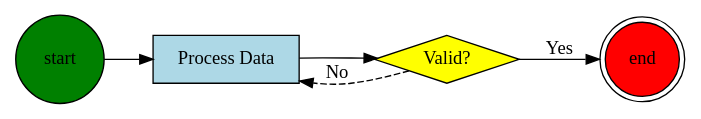
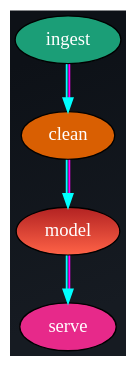
One commit to the-robot-lives/media-tools changed the sixth of 8 diagrams in skill/content-media-engine/references/fim/solution/graphviz.md. Above: the diagram before and after it, drawn with Graphviz. The commit also changed other lines of this file and 482 other files, not shown here.

````diff
--- a/skill/content-media-engine/references/fim/solution/graphviz.md
+++ b/skill/content-media-engine/references/fim/solution/graphviz.md
@@ -20,18 +257,15 @@
 ```dot
-digraph G {
-  rankdir=LR;
-  node [shape=rectangle, style=filled, fillcolor=lightblue];
+digraph Colorful {
+  bgcolor="#0d1117:#161b22";           // dark gradient backdrop (hex + gradient)
+  gradientangle=315;
+  node [style=filled, fontcolor=white, colorscheme=dark28];
+  edge [color="gray70", penwidth=1.4];
 
-  // Define nodes
-  start [shape=circle, fillcolor=green];
-  process1 [label="Process Data"];
-  decision [shape=diamond, label="Valid?", fillcolor=yellow];
-  end [shape=doublecircle, fillcolor=red];
+  ingest  [fillcolor=1];
+  clean   [fillcolor=2];
+  model   [fillcolor="tomato:firebrick", gradientangle=90];  // per-node gradient
+  serve   [fillcolor=4];
 
-  // Define edges
-  start -> process1;
-  process1 -> decision;
-  decision -> end [label="Yes"];
-  decision -> process1 [label="No", style=dashed];
+  ingest -> clean -> model -> serve [color="cyan:magenta"];  // multi-color edge
 }
 ```
````
